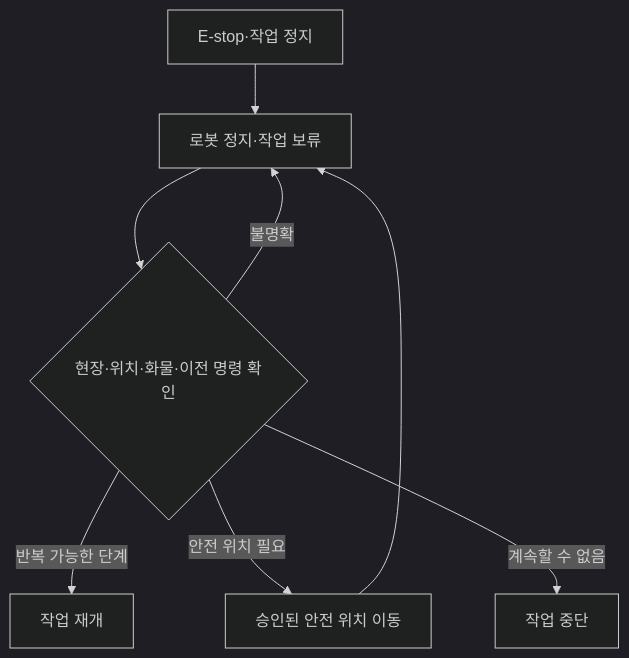
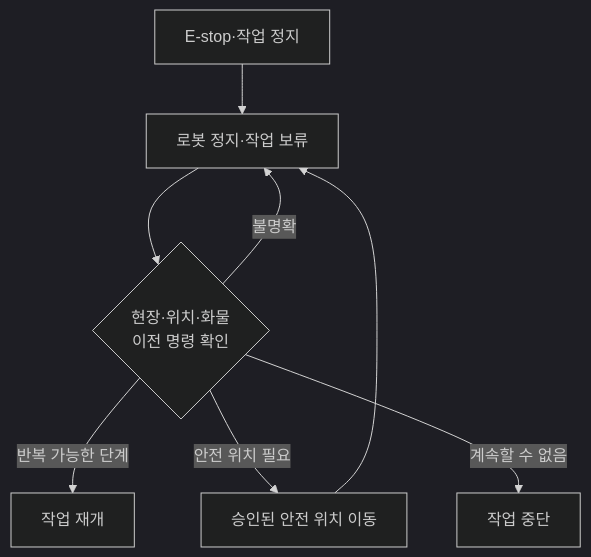
The diagram in main-server/docs/OPERATIONS.md (eduwing-robotics/ros2-ai-amr-repo3), drawn with Mermaid (dark theme) before and after one commit. The commit also changed 14 other files, not shown here.

````diff
--- a/main-server/docs/OPERATIONS.md
+++ b/main-server/docs/OPERATIONS.md
@@ -68,10 +68,10 @@
 ```mermaid
 flowchart TD
     Stop[E-stop·작업 정지] --> Hold[로봇 정지·작업 보류]
-    Hold --> Inspect{현장·위치·화물·이전 명령 확인}
+    Hold --> Inspect{"현장·위치·화물<br/>이전 명령 확인"}
     Inspect -->|반복 가능한 단계| Resume[작업 재개]
     Inspect -->|안전 위치 필요| Safe[승인된 안전 위치 이동]
     Inspect -->|계속할 수 없음| Abort[작업 중단]
     Inspect -->|불명확| Hold
     Safe --> Hold
 ```
````
